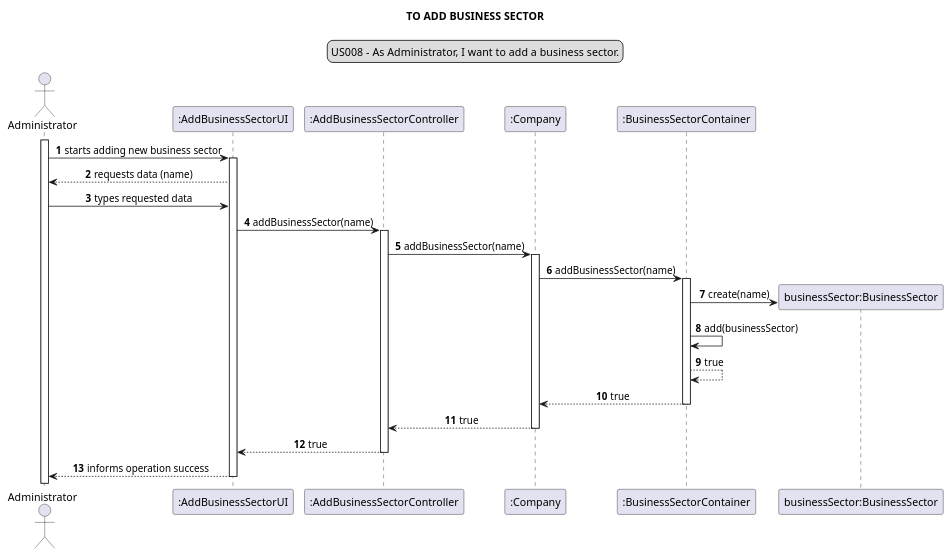
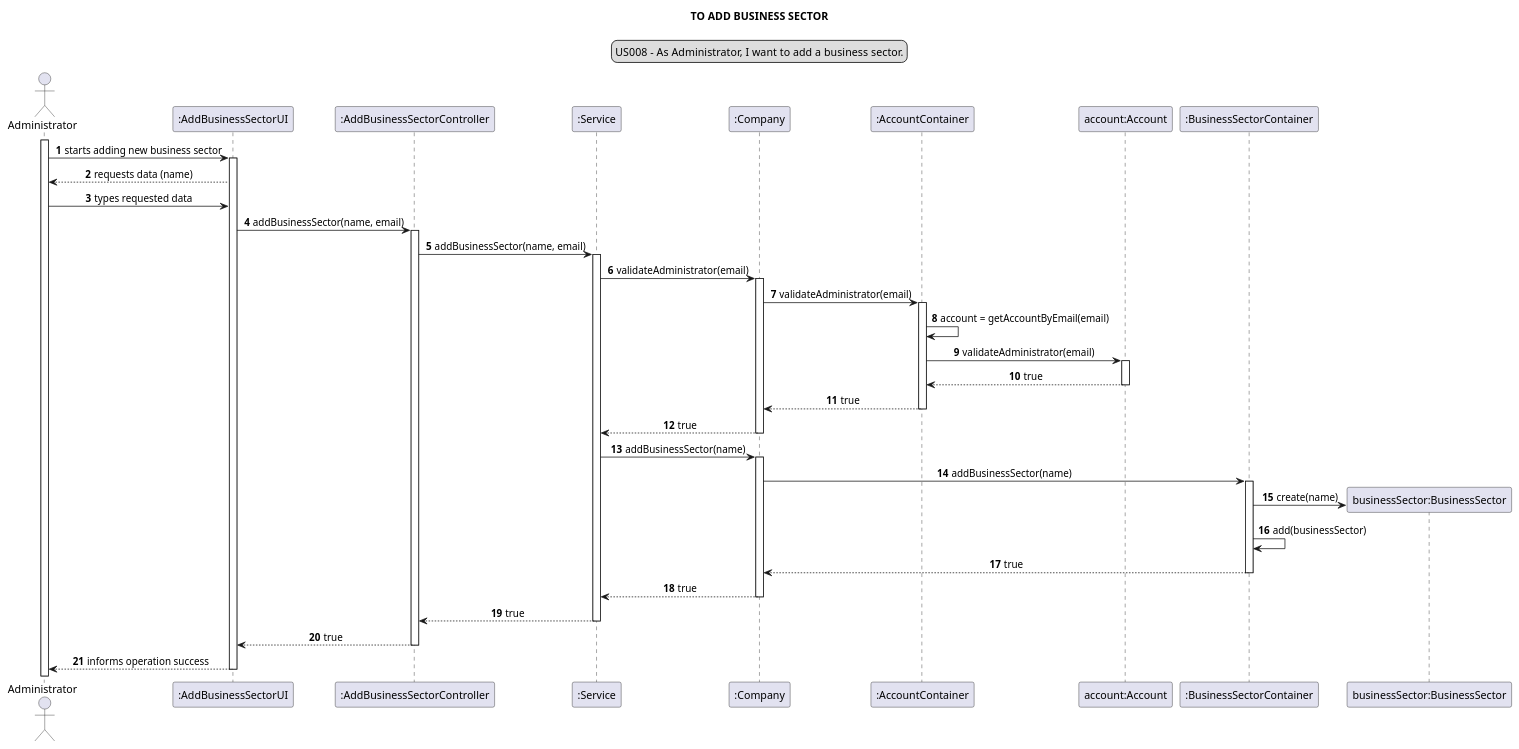
The diagram in docs/modelling_design/user_stories/us008/US008_sequenceDiagram.puml (Loracline/project_switch_22-23), drawn with PlantUML before and after one commit. The commit also changed 3 other files, not shown here.

Commit message:
US008 | Sequence Diagram v2 & Class Diagram v1 | Adding Service layer to perform validation of profile

```diff
--- a/docs/modelling_design/user_stories/us008/US008_sequenceDiagram.puml
+++ b/docs/modelling_design/user_stories/us008/US008_sequenceDiagram.puml
@@ -1,42 +1,61 @@
 @startuml
 'https://plantuml.com/sequence-diagram
 
 autonumber
 skinparam sequenceMessageAlign center
 title TO ADD BUSINESS SECTOR
 legend top
 US008 - As Administrator, I want to add a business sector.
 end legend
 
 actor Administrator as a
 participant ":AddBusinessSectorUI" as absui
 participant ":AddBusinessSectorController" as absc
+participant ":Service" as s
 participant ":Company" as c
+participant ":AccountContainer" as ac
+participant "account:Account" as acc
 participant ":BusinessSectorContainer" as bsc
 participant "businessSector:BusinessSector" as bs
 
 activate a
 a -> absui: starts adding new business sector
 activate absui
 a <-- absui: requests data (name)
 a -> absui: types requested data
-absui -> absc: addBusinessSector(name)
+absui -> absc: addBusinessSector(name, email)
 activate absc
-absc -> c: addBusinessSector(name)
+absc -> s: addBusinessSector(name, email)
+activate s
+s -> c: validateAdministrator(email)
+activate c
+c -> ac: validateAdministrator(email)
+activate ac
+ac -> ac: account = getAccountByEmail(email)
+ac -> acc: validateAdministrator(email)
+activate acc
+ac <-- acc: true
+deactivate acc
+c <-- ac: true
+deactivate ac
+s <-- c: true
+deactivate c
+s -> c: addBusinessSector(name)
 activate c
 c -> bsc: addBusinessSector(name)
 activate bsc
 create bs
 bsc -> bs: create(name)
 bsc -> bsc: add(businessSector)
-bsc --> bsc: true
 c <-- bsc: true
 deactivate bsc
-absc <-- c: true
+s <-- c: true
 deactivate c
+absc <-- s: true
+deactivate s
 absui <-- absc: true
 deactivate absc
 a <-- absui: informs operation success
 deactivate absui
 
 @enduml
```
